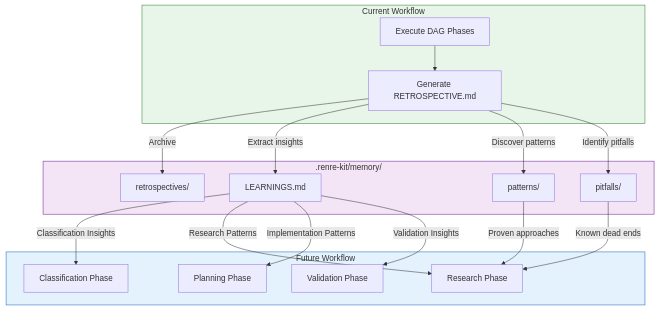
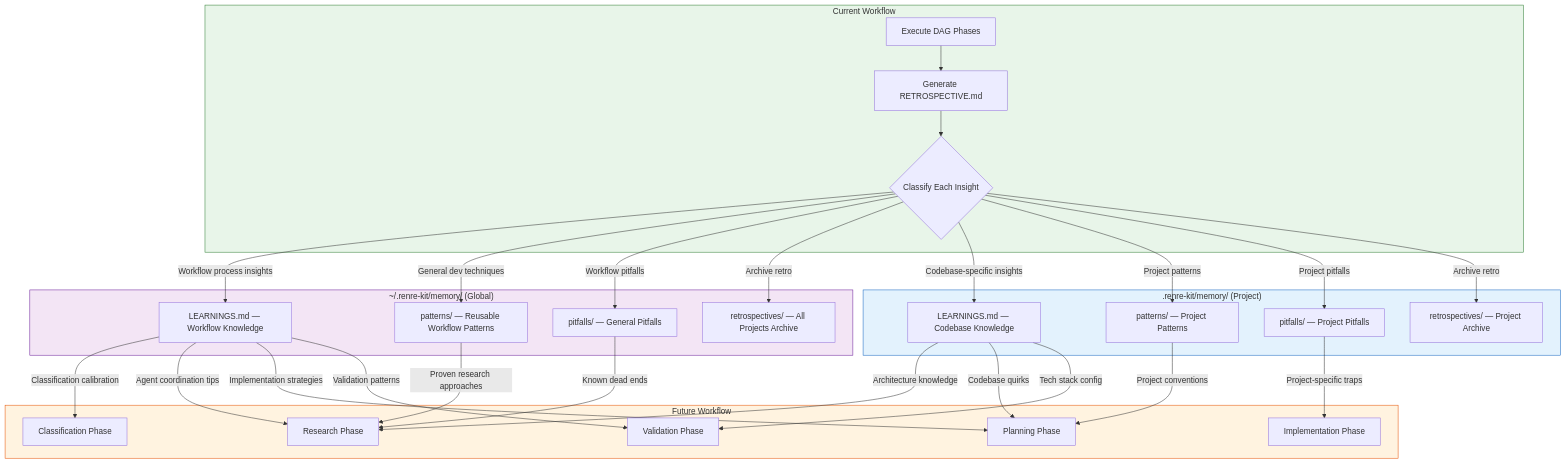
One commit to eskarlat/rex changed the fourth of 6 diagrams in renre-kit-architecture/diagrams/developer-workflow-dfd.md. Above: the diagram before and after it, drawn with Mermaid. The commit also changed other lines of this file and 2 other files, not shown here.

Commit message:
docs: adopt two-layer memory model (global + project)
Refactor ADR-004 and diagrams to split knowledge memory into two layers:
- Global (~/.renre-kit/memory/) for workflow orchestration learnings,
  classification calibration, and agent coordination insights
- Project (.renre-kit/memory/) for codebase patterns, architecture
  knowledge, tech stack specifics, and project conventions

This mirrors RenreKit's existing global vs project state model and
enables cross-project workflow improvement while keeping codebase
knowledge scoped to where it's relevant.

https://claude.ai/code/session_011PQxNP3QodA8xyUAa9Z3LL

````diff
--- a/renre-kit-architecture/diagrams/developer-workflow-dfd.md
+++ b/renre-kit-architecture/diagrams/developer-workflow-dfd.md
@@ -157,38 +157,59 @@
 ```mermaid
 flowchart TD
     subgraph CurrentWorkflow["Current Workflow"]
         W1[Execute DAG Phases]
         W2[Generate RETROSPECTIVE.md]
+        W3{Classify Each Insight}
     end
 
-    subgraph MemorySystem[".renre-kit/memory/"]
-        M1[retrospectives/]
-        M2[LEARNINGS.md]
-        M3[patterns/]
-        M4[pitfalls/]
+    subgraph GlobalMemory["~/.renre-kit/memory/ (Global)"]
+        G1[LEARNINGS.md — Workflow Knowledge]
+        G2[patterns/ — Reusable Workflow Patterns]
+        G3[pitfalls/ — General Pitfalls]
+        G4[retrospectives/ — All Projects Archive]
+    end
+
+    subgraph ProjectMemory[".renre-kit/memory/ (Project)"]
+        P1[LEARNINGS.md — Codebase Knowledge]
+        P2[patterns/ — Project Patterns]
+        P3[pitfalls/ — Project Pitfalls]
+        P4[retrospectives/ — Project Archive]
     end
 
     subgraph FutureWorkflow["Future Workflow"]
         F1[Classification Phase]
         F2[Research Phase]
         F3[Planning Phase]
-        F4[Validation Phase]
+        F4[Implementation Phase]
+        F5[Validation Phase]
     end
 
     W1 --> W2
-    W2 --> |Archive| M1
-    W2 --> |Extract insights| M2
-    W2 --> |Discover patterns| M3
-    W2 --> |Identify pitfalls| M4
+    W2 --> W3
+    W3 --> |Workflow process insights| G1
+    W3 --> |General dev techniques| G2
+    W3 --> |Workflow pitfalls| G3
+    W3 --> |Archive retro| G4
+    W3 --> |Codebase-specific insights| P1
+    W3 --> |Project patterns| P2
+    W3 --> |Project pitfalls| P3
+    W3 --> |Archive retro| P4
 
-    M2 --> |Classification Insights| F1
-    M2 --> |Research Patterns| F2
-    M3 --> |Proven approaches| F2
-    M4 --> |Known dead ends| F2
-    M2 --> |Implementation Patterns| F3
-    M2 --> |Validation Insights| F4
+    G1 --> |Classification calibration| F1
+    G1 --> |Agent coordination tips| F2
+    G2 --> |Proven research approaches| F2
+    G3 --> |Known dead ends| F2
+    G1 --> |Implementation strategies| F3
+
+    P1 --> |Architecture knowledge| F2
+    P1 --> |Codebase quirks| F3
+    P2 --> |Project conventions| F3
+    P3 --> |Project-specific traps| F4
+    P1 --> |Tech stack config| F5
+    G1 --> |Validation patterns| F5
 
     style CurrentWorkflow fill:#e8f5e9,stroke:#2e7d32
-    style MemorySystem fill:#f3e5f5,stroke:#6a1b9a
-    style FutureWorkflow fill:#e3f2fd,stroke:#1565c0
+    style GlobalMemory fill:#f3e5f5,stroke:#6a1b9a
+    style ProjectMemory fill:#e3f2fd,stroke:#1565c0
+    style FutureWorkflow fill:#fff3e0,stroke:#e65100
 ```
````
